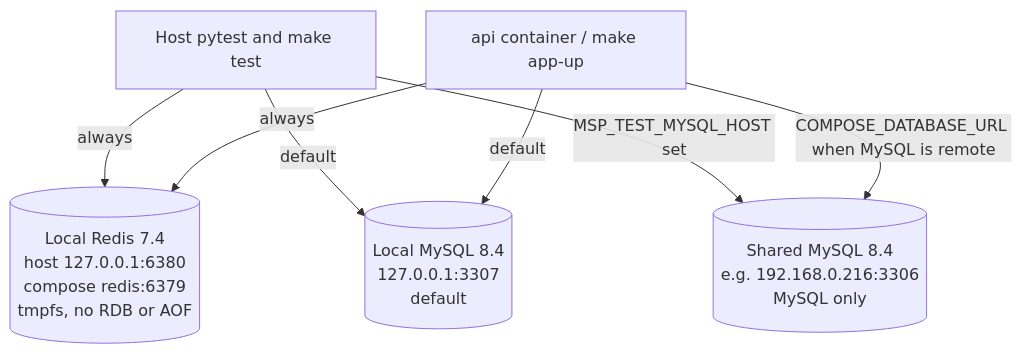
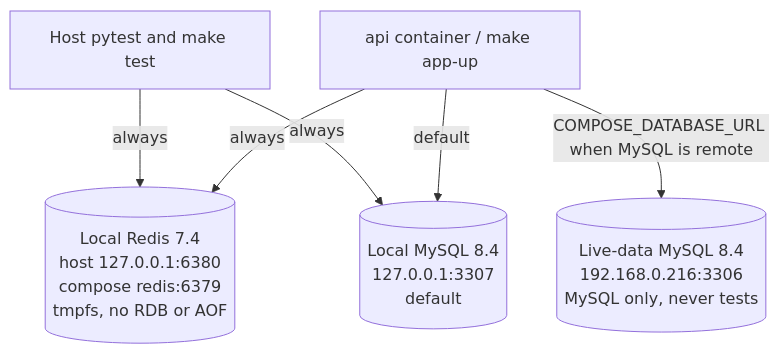
One commit to thomas-choi/medicare-plan-selector changed the ninth of 9 diagrams in docs/design/DESIGN-v0.4-ADDENDUM.md. Above: the diagram before and after it, drawn with Mermaid. The commit also changed other lines of this file and 12 other files, not shown here.

First line of the commit message:
test: tests use this machine's MySQL only; 192.168.0.216 is live data (A10.3, R6 withdrawn)

````diff
--- a/docs/design/DESIGN-v0.4-ADDENDUM.md
+++ b/docs/design/DESIGN-v0.4-ADDENDUM.md
@@ -651,14 +653,13 @@
 ```mermaid
 flowchart TB
   PY["Host pytest and make test"]
   APP["api container / make app-up"]
   R[("Local Redis 7.4<br/>host 127.0.0.1:6380<br/>compose redis:6379<br/>tmpfs, no RDB or AOF")]
   LM[("Local MySQL 8.4<br/>127.0.0.1:3307<br/>default")]
-  SM[("Shared MySQL 8.4<br/>e.g. 192.168.0.216:3306<br/>MySQL only")]
+  SM[("Live-data MySQL 8.4<br/>192.168.0.216:3306<br/>MySQL only, never tests")]
   PY -->|always| R
   APP -->|always| R
-  PY -->|default| LM
+  PY -->|always| LM
   APP -->|default| LM
-  PY -->|"MSP_TEST_MYSQL_HOST set"| SM
   APP -->|"COMPOSE_DATABASE_URL when MySQL is remote"| SM
 ```
````
